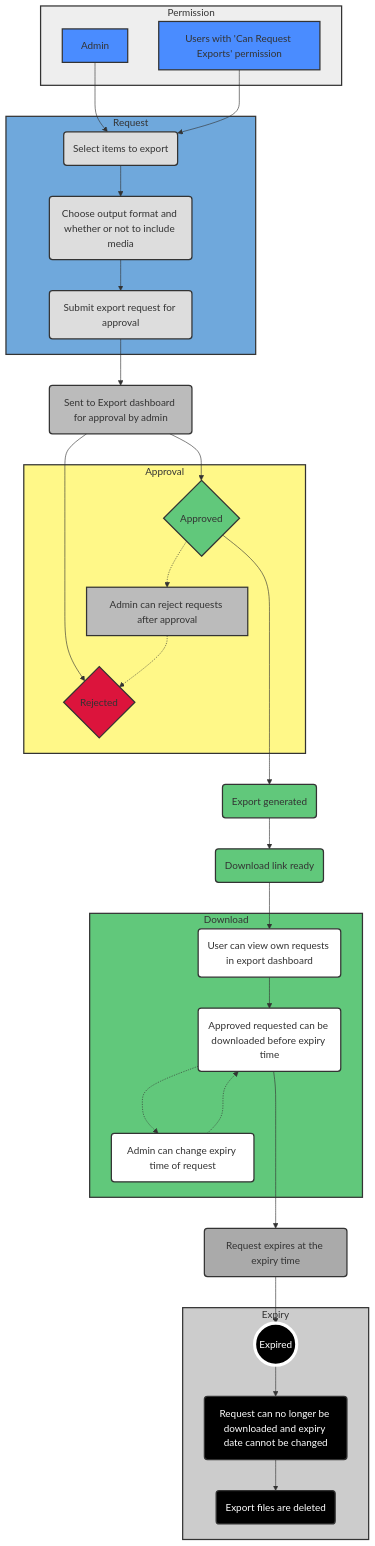
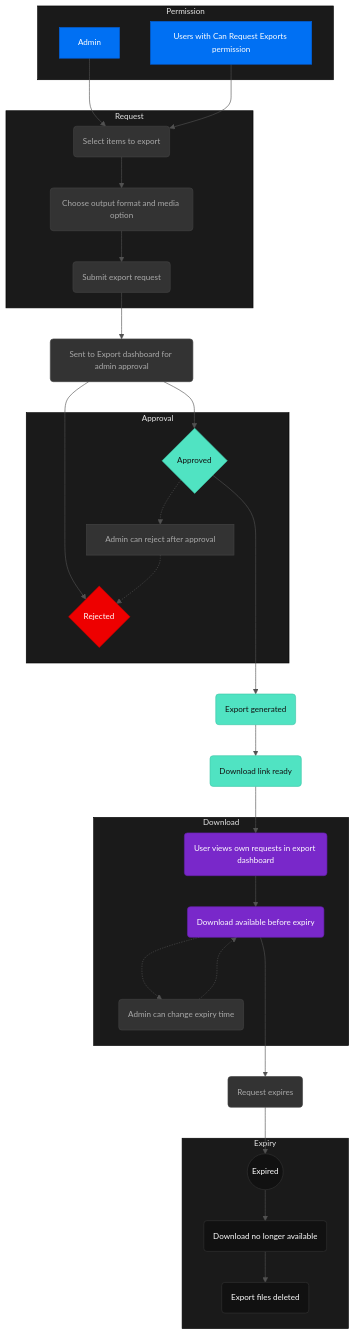
Before and after one commit to sjacorg/bayanat: the diagram in docs/guide/data-export.md, drawn with Mermaid. The commit also changed 5 other files, not shown here.

Commit message:
improve mermaid styling, restore full v3.0 threat model, fix install packages

````diff
--- a/docs/guide/data-export.md
+++ b/docs/guide/data-export.md
@@ -28,74 +28,67 @@
 ```mermaid
-%%{ init: { 'flowchart': { 'curve': 'basis', 'htmlLabels': false} } }%%
+%%{ init: { 'theme': 'base', 'themeVariables': { 'primaryColor': '#171717', 'lineColor': '#525252', 'primaryTextColor': '#fafafa', 'secondaryColor': '#262626', 'tertiaryColor': '#1a1a1a', 'primaryBorderColor': '#404040', 'fontFamily': 'system-ui, -apple-system, sans-serif', 'fontSize': '13px' }, 'flowchart': { 'curve': 'basis', 'htmlLabels': false} } }%%
 graph TB
 
-	subgraph 0 [ Permission ]
-		A[Admin]
-		B[Users with 'Can Request Exports' permission]
+  subgraph 0 [Permission]
+    A[Admin]
+    B[Users with Can Request Exports permission]
   end
 
   A & B --> C
 
-	subgraph 1 [ Request ]
-  	C(Select items to export)
-    C --> D(Choose output format and whether or not to include media)
-    D --> E(Submit export request for approval)
-
+  subgraph 1 [Request]
+    C(Select items to export)
+    C --> D(Choose output format and media option)
+    D --> E(Submit export request)
   end
 
-  E --> G(Sent to Export dashboard for approval by admin)
+  E --> G(Sent to Export dashboard for admin approval)
   G --> H
   G --> I
 
   subgraph 2 [Approval]
     I{Approved}
     H{Rejected}
-
-    I -.-> L[Admin can reject requests after approval]
+    I -.-> L[Admin can reject after approval]
     L -.-> H
   end
 
   I ----> J(Export generated)
   J --> K(Download link ready)
   K --> T
 
   subgraph 3 [Download]
-  	T(User can view own requests in export dashboard)
-  	T --> V(Approved requested can be downloaded before expiry time)
-    V -..-> X(Admin can change expiry time of request)
+    T(User views own requests in export dashboard)
+    T --> V(Download available before expiry)
+    V -..-> X(Admin can change expiry time)
     X -..-> V
   end
 
-  V ----> M(Request expires at the expiry time)
+  V ----> M(Request expires)
   M --> Y
 
   subgraph 4 [Expiry]
     Y((Expired))
-    Y --> Z(Request can no longer be downloaded and expiry date cannot be changed)
-    Z --> ZZ(Export files are deleted)
+    Y --> Z(Download no longer available)
+    Z --> ZZ(Export files deleted)
   end
 
-style A fill:#4a8cff,stroke:#333,stroke-width:2px
-style B fill:#4a8cff,stroke:#333,stroke-width:2px
-style C fill:#ddd,stroke:#333,stroke-width:2px
-style D fill:#ddd,stroke:#333,stroke-width:2px
-style E fill:#ddd,stroke:#333,stroke-width:2px
-style G fill:#bbb,stroke:#333,stroke-width:2px
-style H fill:#dc143c,stroke:#333,stroke-width:2px
-style I fill:#61c87b,stroke:#333,stroke-width:2px
-style J fill:#61c87b,stroke:#333,stroke-width:2px
-style L fill:#bbb,stroke:#333,stroke-width:2px
-style 0 fill:#eee,stroke:#333,stroke-width:2px
-style 1 fill:#6fa8dc,stroke:#333,stroke-width:2px
-style 2 fill:#fff888,stroke:#333,stroke-width:2px
-style 3 fill:#61c87b,stroke:#333,stroke-width:2px
-style 4 fill:#ccc,stroke:#333,stroke-width:2px
-style K fill:#61c87b,stroke:#333,stroke-width:2px
-style M fill:#aaa,stroke:#333,stroke-width:2px
-style T fill:#fff,stroke:#333,stroke-width:2px
-style V fill:#fff,stroke:#333,stroke-width:2px
-style X fill:#fff,stroke:#333,stroke-width:2px
-style Y fill:#000,stroke:#fff,stroke-width:5px,color:#fff
-style Z fill:#000,stroke:#333,stroke-width:2px,color:#fff
-style ZZ fill:#000,stroke:#333,stroke-width:2px,color:#fff
+style A fill:#0070f3,stroke:#0060df,color:#fff
+style B fill:#0070f3,stroke:#0060df,color:#fff
+style C fill:#333,stroke:#444,color:#aaa
+style D fill:#333,stroke:#444,color:#aaa
+style E fill:#333,stroke:#444,color:#aaa
+style G fill:#333,stroke:#444,color:#aaa
+style H fill:#e00,stroke:#c00,color:#fff
+style I fill:#50e3c2,stroke:#3cc7a8,color:#111
+style J fill:#50e3c2,stroke:#3cc7a8,color:#111
+style K fill:#50e3c2,stroke:#3cc7a8,color:#111
+style L fill:#333,stroke:#444,color:#aaa
+style M fill:#333,stroke:#444,color:#aaa
+style T fill:#7928ca,stroke:#6622aa,color:#fff
+style V fill:#7928ca,stroke:#6622aa,color:#fff
+style X fill:#333,stroke:#444,color:#aaa
+style Y fill:#111,stroke:#333,color:#fff
+style Z fill:#111,stroke:#333,color:#fff
+style ZZ fill:#111,stroke:#333,color:#fff
 ```
````
